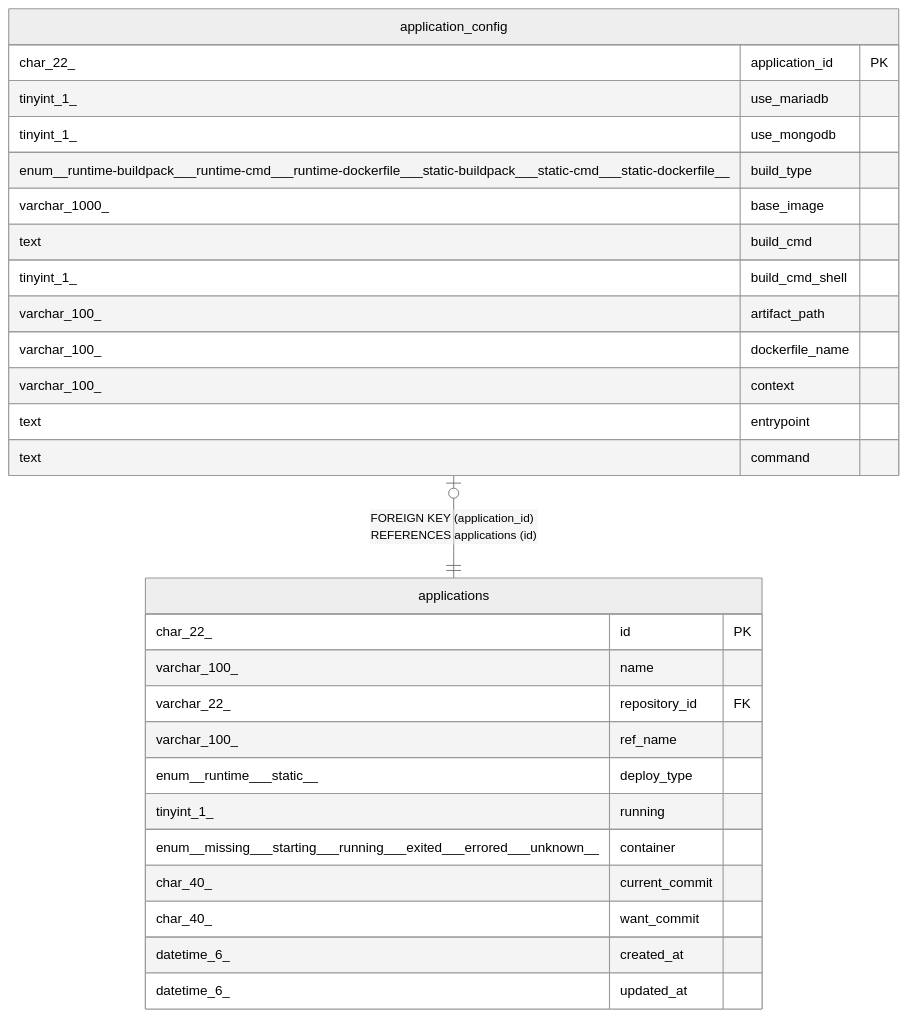
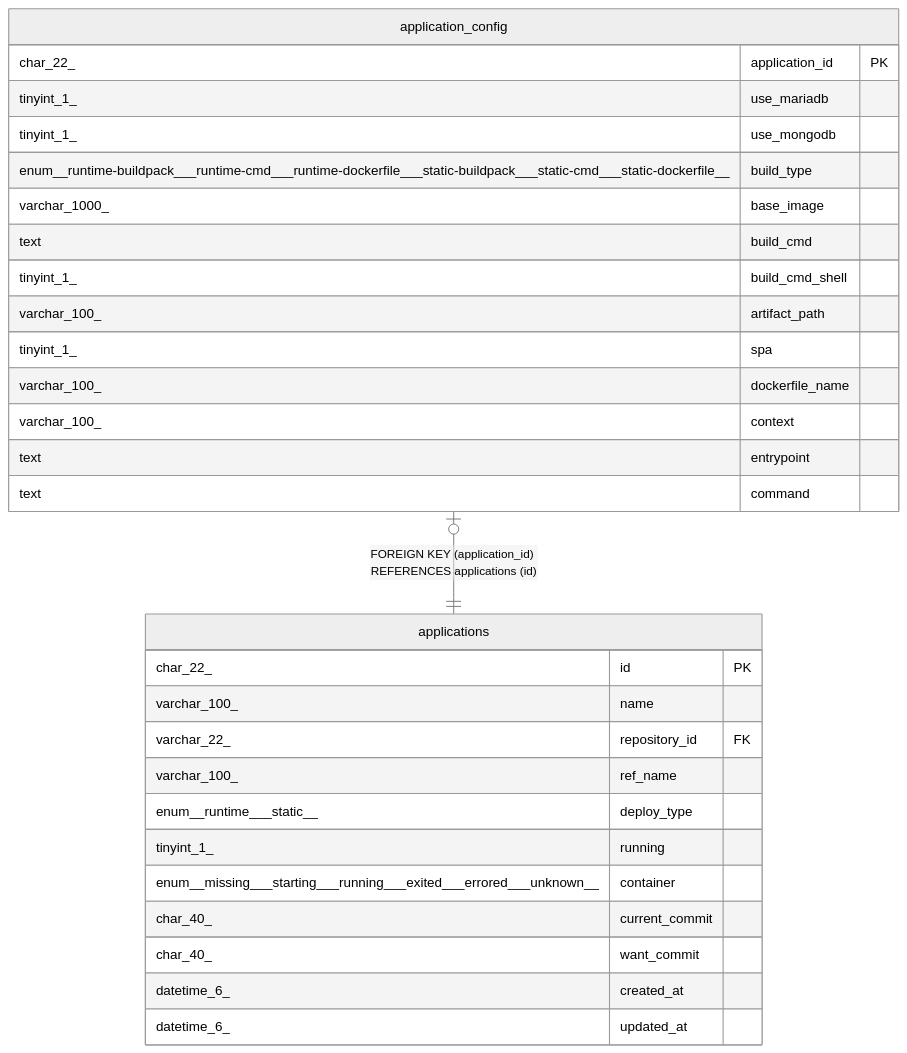
One commit to traPtitech/NeoShowcase changed the diagram in docs/dbschema/application_config.md. Above: the diagram before and after it, drawn with Mermaid (neutral theme). The commit also changed other lines of this file and 17 other files, not shown here.

````diff
--- a/docs/dbschema/application_config.md
+++ b/docs/dbschema/application_config.md
@@ -63,33 +65,34 @@
 ```mermaid
 erDiagram
 
 "application_config" |o--|| "applications" : "FOREIGN KEY (application_id) REFERENCES applications (id)"
 
 "application_config" {
   char_22_ application_id PK
   tinyint_1_ use_mariadb
   tinyint_1_ use_mongodb
   enum__runtime-buildpack___runtime-cmd___runtime-dockerfile___static-buildpack___static-cmd___static-dockerfile__ build_type
   varchar_1000_ base_image
   text build_cmd
   tinyint_1_ build_cmd_shell
   varchar_100_ artifact_path
+  tinyint_1_ spa
   varchar_100_ dockerfile_name
   varchar_100_ context
   text entrypoint
   text command
 }
 "applications" {
   char_22_ id PK
   varchar_100_ name
   varchar_22_ repository_id FK
   varchar_100_ ref_name
   enum__runtime___static__ deploy_type
   tinyint_1_ running
   enum__missing___starting___running___exited___errored___unknown__ container
   char_40_ current_commit
   char_40_ want_commit
   datetime_6_ created_at
   datetime_6_ updated_at
 }
 ```
````
